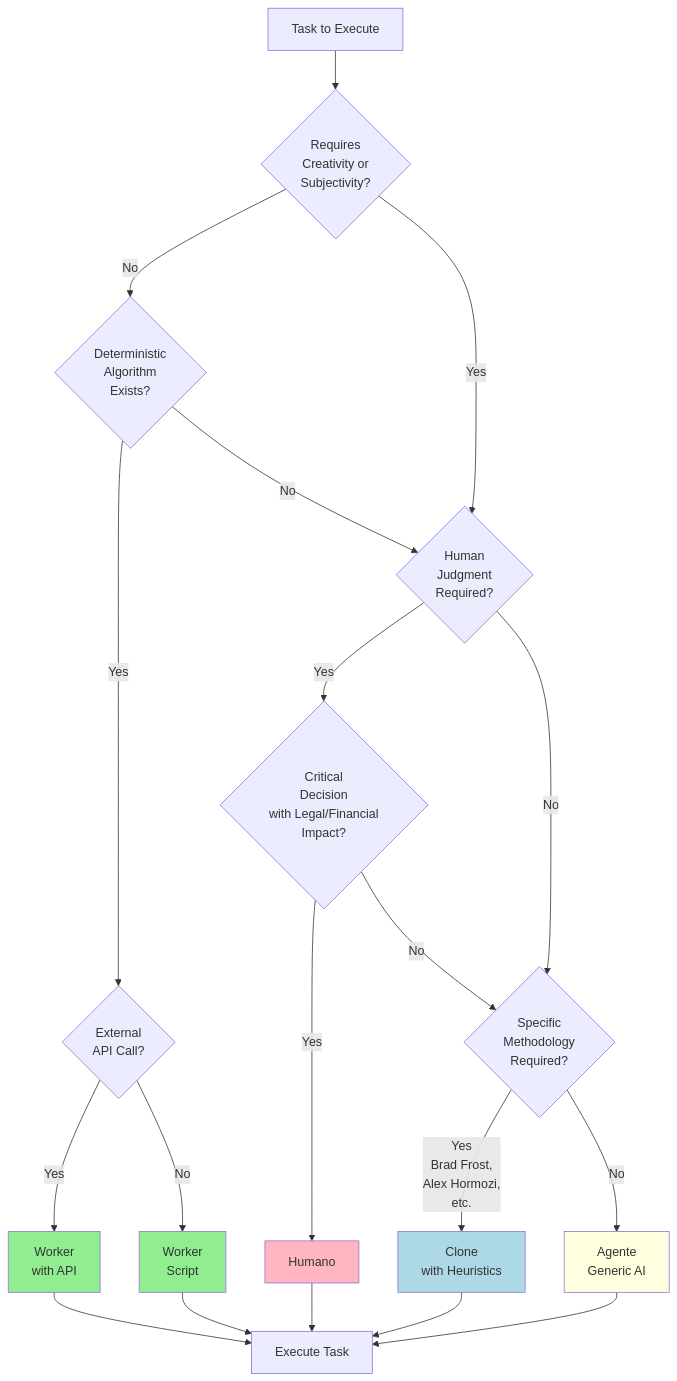
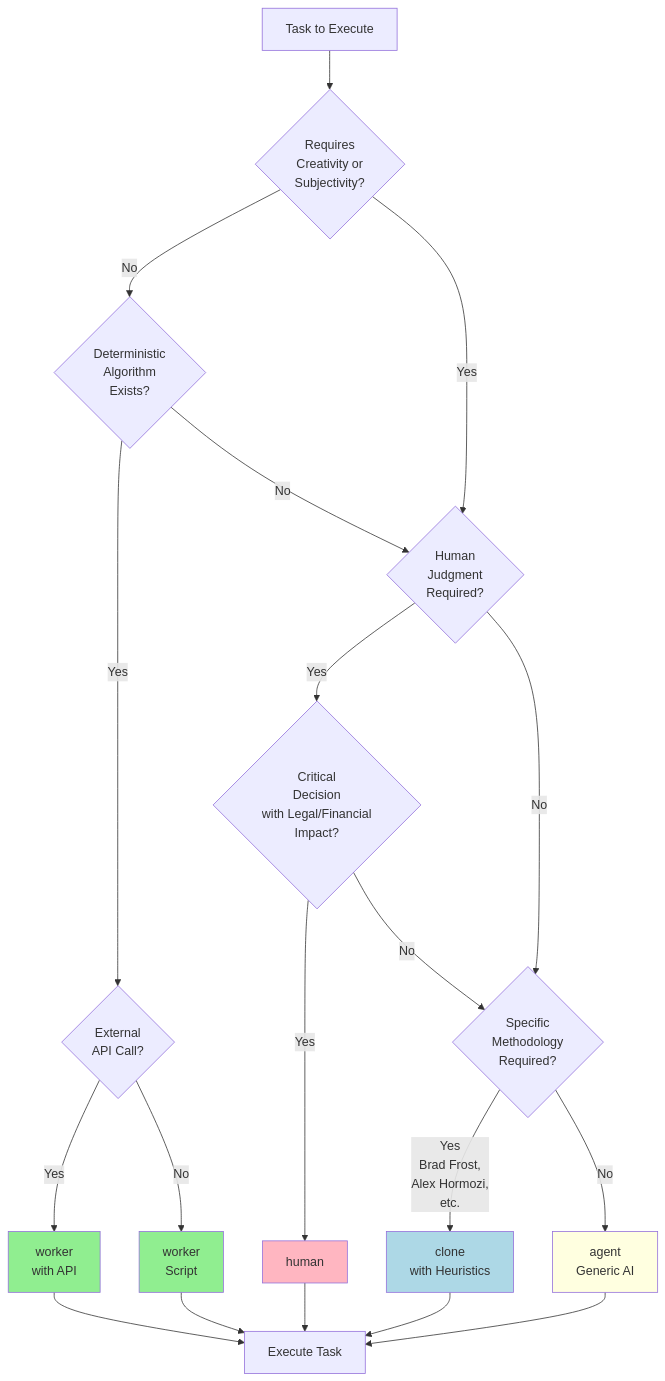
One commit to CyryxLabs/AEXOS changed the diagram in .aexos-core/docs/standards/EXECUTOR-DECISION-TREE.md. Above: the diagram before and after it, drawn with Mermaid. The commit also changed other lines of this file and 272 other files, not shown here.

````diff
--- a/.aexos-core/docs/standards/EXECUTOR-DECISION-TREE.md
+++ b/.aexos-core/docs/standards/EXECUTOR-DECISION-TREE.md
@@ -108,34 +108,34 @@
 ```mermaid
 graph TD
     Start[Task to Execute] --> Q1{Requires<br/>Creativity or<br/>Subjectivity?}
     
     Q1 -->|No| Q2{Deterministic<br/>Algorithm<br/>Exists?}
     Q1 -->|Yes| Q3{Human<br/>Judgment<br/>Required?}
     
     Q2 -->|Yes| Q4{External<br/>API Call?}
     Q2 -->|No| Q3
     
     Q3 -->|Yes| Q5{Critical<br/>Decision<br/>with Legal/Financial<br/>Impact?}
     Q3 -->|No| Q6{Specific<br/>Methodology<br/>Required?}
     
-    Q4 -->|Yes| Worker[Worker<br/>with API]
-    Q4 -->|No| Worker2[Worker<br/>Script]
+    Q4 -->|Yes| worker[worker<br/>with API]
+    Q4 -->|No| Worker2[worker<br/>Script]
     
-    Q5 -->|Yes| Humano[Humano]
+    Q5 -->|Yes| human[human]
     Q5 -->|No| Q6
     
-    Q6 -->|Yes<br/>Brad Frost,<br/>Alex Hormozi,<br/>etc.| Clone[Clone<br/>with Heuristics]
-    Q6 -->|No| Agente[Agente<br/>Generic AI]
+    Q6 -->|Yes<br/>Brad Frost,<br/>Alex Hormozi,<br/>etc.| clone[clone<br/>with Heuristics]
+    Q6 -->|No| agent[agent<br/>Generic AI]
     
-    Worker --> End[Execute Task]
+    worker --> End[Execute Task]
     Worker2 --> End
-    Humano --> End
-    Clone --> End
-    Agente --> End
+    human --> End
+    clone --> End
+    agent --> End
     
-    style Worker fill:#90EE90
+    style worker fill:#90EE90
     style Worker2 fill:#90EE90
-    style Humano fill:#FFB6C1
-    style Clone fill:#ADD8E6
-    style Agente fill:#FFFFE0
+    style human fill:#FFB6C1
+    style clone fill:#ADD8E6
+    style agent fill:#FFFFE0
 ```
````
